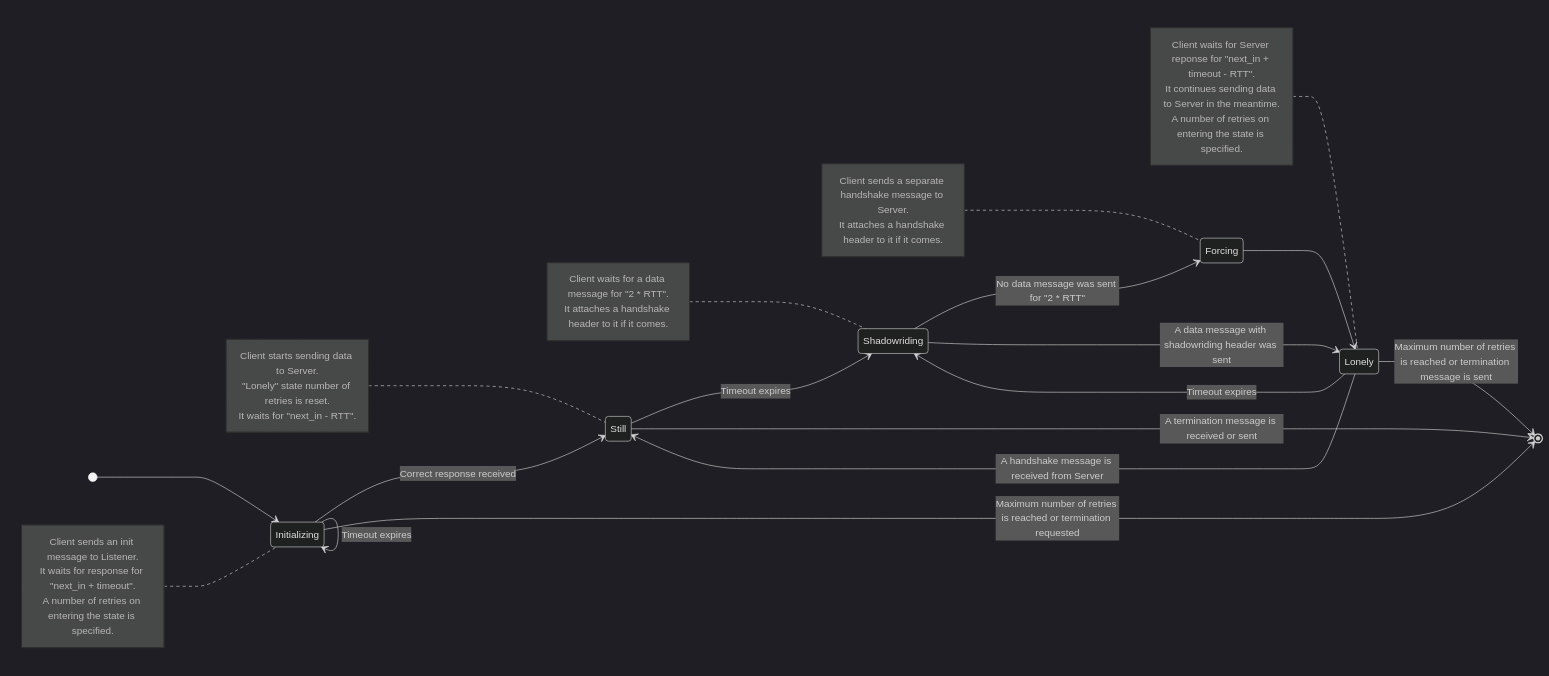
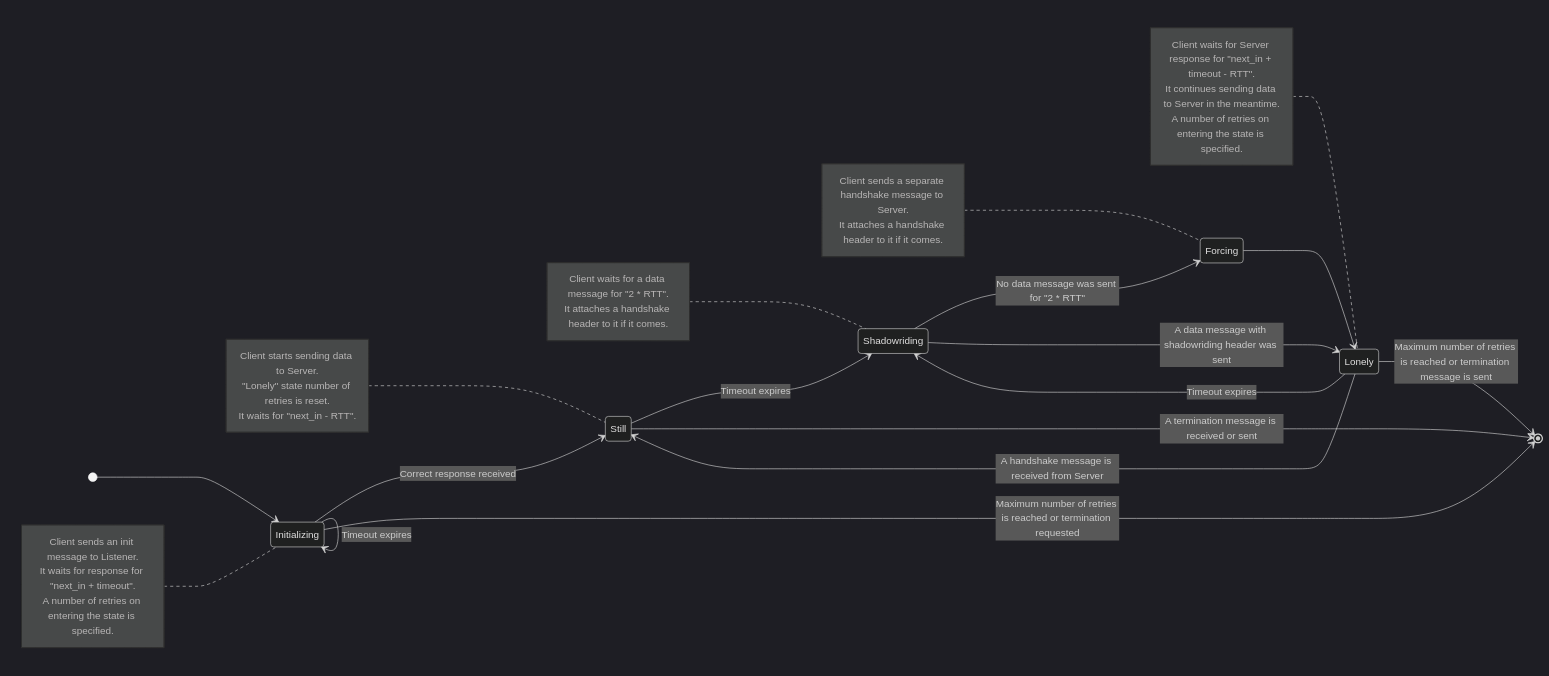
Before and after one commit to pseusys/SeasideVPN: the first of 3 diagrams in viridian/algae/typhoon/README.md, drawn with Mermaid (dark theme). The commit also changed other lines of this file and 23 other files, not shown here.

````diff
--- a/viridian/algae/typhoon/README.md
+++ b/viridian/algae/typhoon/README.md
@@ -165,44 +165,44 @@
 ```mermaid
 stateDiagram
   direction LR
 
   [*] --> Initializing
   Initializing --> Still: Correct response received
   Initializing --> [*]: Maximum number of retries is reached or termination requested
   Initializing --> Initializing: Timeout expires
   note left of Initializing
     Client sends an init message to Listener.
     It waits for response for "next_in + timeout".
     A number of retries on entering the state is specified.
   end note
 
   Still --> Shadowriding: Timeout expires
   Still --> [*]: A termination message is received or sent
   note left of Still
     Client starts sending data to Server.
     "Lonely" state number of retries is reset.
     It waits for "next_in - RTT".
   end note
 
   Shadowriding --> Forcing: No data message was sent for "2 * RTT"
   Shadowriding --> Lonely: A data message with shadowriding header was sent
   note left of Shadowriding
     Client waits for a data message for "2 * RTT".
     It attaches a handshake header to it if it comes.
   end note
 
   Forcing --> Lonely: 
   note left of Forcing
     Client sends a separate handshake message to Server.
     It attaches a handshake header to it if it comes.
   end note
 
   Lonely --> [*]: Maximum number of retries is reached or termination message is sent
   Lonely --> Still: A handshake message is received from Server
   Lonely --> Shadowriding: Timeout expires
   note left of Lonely
-    Client waits for Server reponse for "next_in + timeout - RTT".
+    Client waits for Server response for "next_in + timeout - RTT".
     It continues sending data to Server in the meantime.
     A number of retries on entering the state is specified.
   end note
 ```
````
